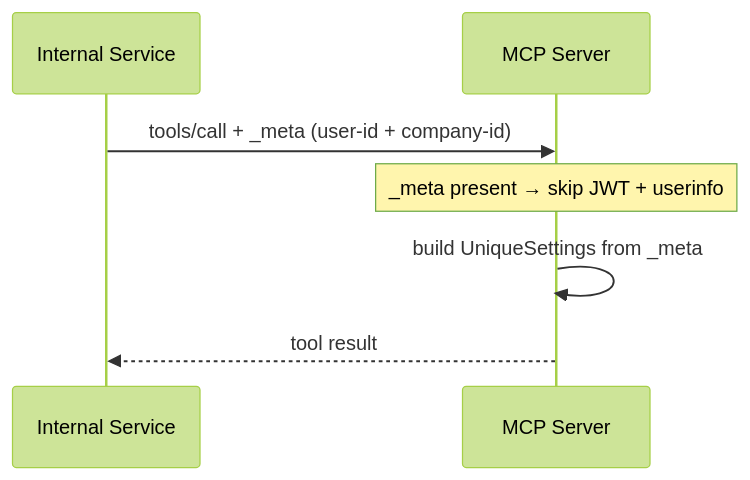
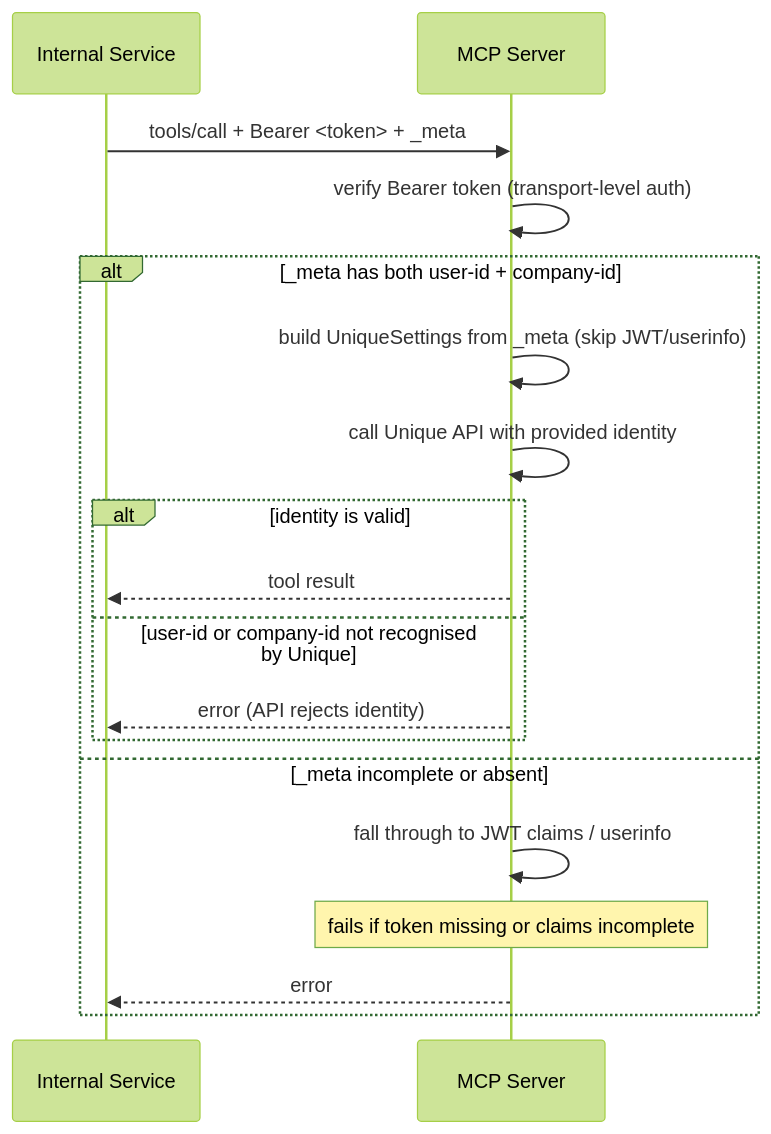
Before and after one commit to Unique-AG/ai: the fourth of 4 diagrams in unique_mcp/README.md, drawn with Mermaid (forest theme). The commit also changed other lines of this file and 3 other files, not shown here.

First line of the commit message:
fix(unique-mcp): align zitadel.env.example variable names with ZITADEL_ prefix (#1283)

````diff
--- a/unique_mcp/README.md
+++ b/unique_mcp/README.md
@@ -152,10 +171,21 @@
 ```mermaid
 sequenceDiagram
     participant InternalSvc as Internal Service
     participant MCP as MCP Server
 
-    InternalSvc->>MCP: tools/call + _meta (user-id + company-id)
-    Note over MCP: _meta present → skip JWT + userinfo
-    MCP->>MCP: build UniqueSettings from _meta
-    MCP-->>InternalSvc: tool result
+    InternalSvc->>MCP: tools/call + Bearer <token> + _meta
+    MCP->>MCP: verify Bearer token (transport-level auth)
+    alt _meta has both user-id + company-id
+        MCP->>MCP: build UniqueSettings from _meta (skip JWT/userinfo)
+        MCP->>MCP: call Unique API with provided identity
+        alt identity is valid
+            MCP-->>InternalSvc: tool result
+        else user-id or company-id not recognised by Unique
+            MCP-->>InternalSvc: error (API rejects identity)
+        end
+    else _meta incomplete or absent
+        MCP->>MCP: fall through to JWT claims / userinfo
+        Note over MCP: fails if token missing or claims incomplete
+        MCP-->>InternalSvc: error
+    end
 ```
````
